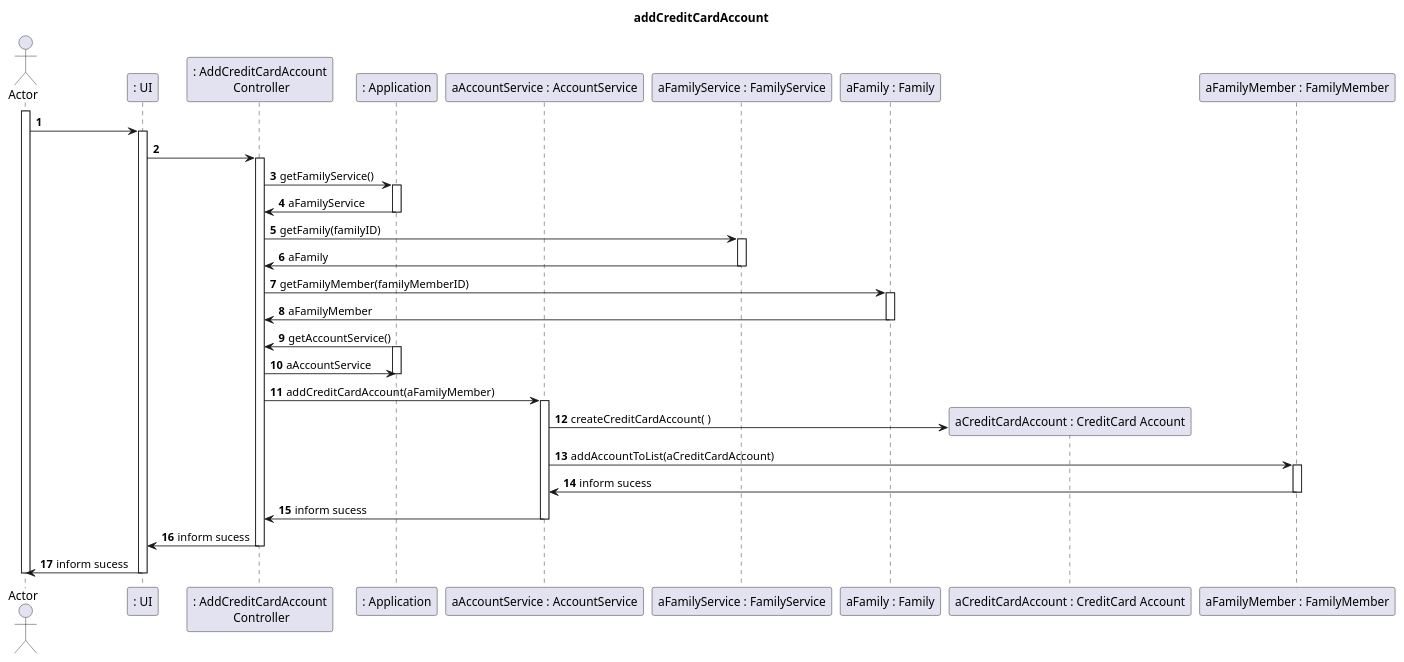
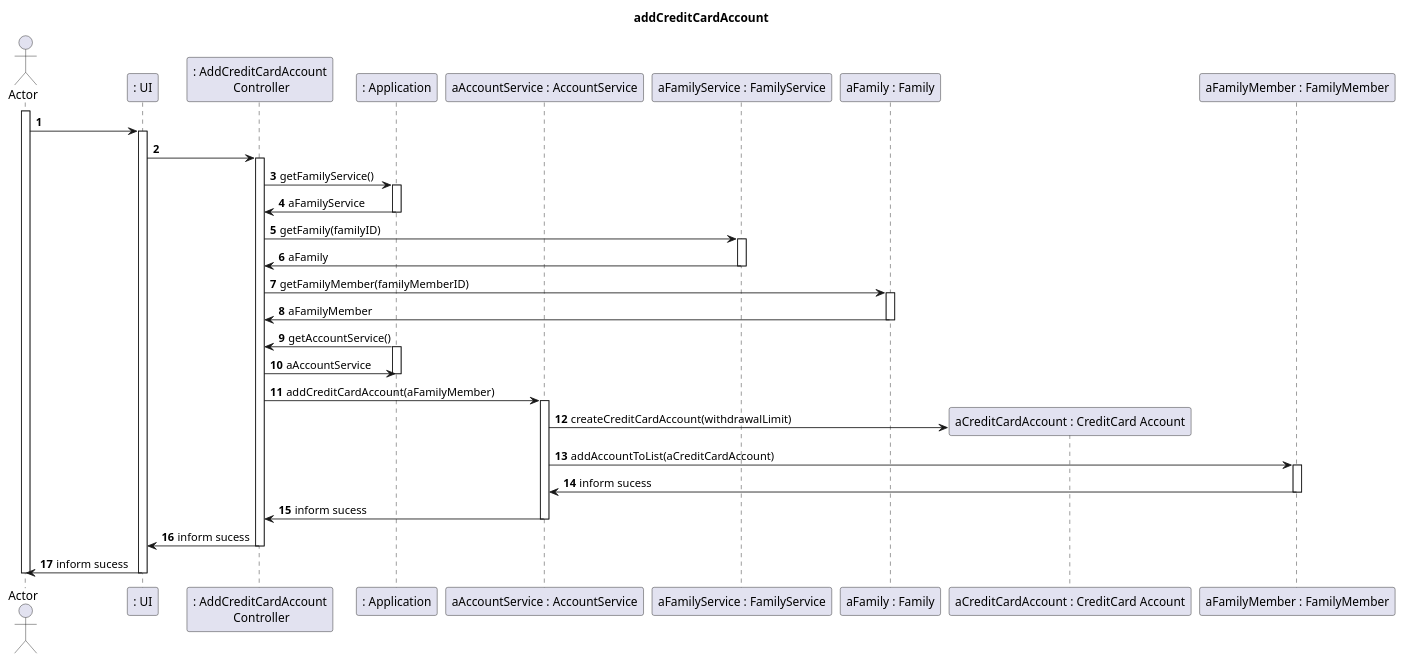
One commit to tomas-osswald/switch_2020_g3 changed the third of 4 diagrams in docs/sprint2/user_stories/US173_AddCreditCardAccount.md. Above: the diagram before and after it, drawn with PlantUML.

````diff
--- a/docs/sprint2/user_stories/US173_AddCreditCardAccount.md
+++ b/docs/sprint2/user_stories/US173_AddCreditCardAccount.md
@@ -105,58 +105,58 @@
 ``` puml
 autonumber 1
 title addCreditCardAccount
 actor "Actor" as actor
 participant ": UI" as UI
 participant ": AddCreditCardAccount\n Controller" as controller
 participant ": Application" as app
 participant "aAccountService : AccountService" as aserv
 participant "aFamilyService : FamilyService" as fserv
 participant "aFamily : Family" as family
 participant "aCreditCardAccount : CreditCard Account" as credit
 participant "aFamilyMember : FamilyMember" as familyMember
 
 activate actor
 actor -> UI
 activate UI
 UI -> controller
 
 activate controller
 controller -> app : getFamilyService()
 activate app
 app -> controller : aFamilyService
 deactivate app
 
 controller -> fserv : getFamily(familyID)
 activate fserv
 fserv -> controller : aFamily
 deactivate fserv
 
 controller -> family : getFamilyMember(familyMemberID)
 activate family
 family -> controller : aFamilyMember
 deactivate family
 
 app -> controller : getAccountService()
 activate app
 controller -> app : aAccountService
 deactivate app
 
 controller -> aserv : addCreditCardAccount(aFamilyMember)
 activate aserv
 
-aserv -> credit** : createCreditCardAccount( )
+aserv -> credit** : createCreditCardAccount(withdrawalLimit)
 
 aserv -> familyMember : addAccountToList(aCreditCardAccount)
 activate familyMember 
 familyMember -> aserv : inform sucess
 deactivate familyMember
 aserv -> controller : inform sucess
 deactivate aserv
 
 controller -> UI : inform sucess
 deactivate controller
 
 UI -> actor : inform sucess
 deactivate UI
 deactivate actor
 ```
````
